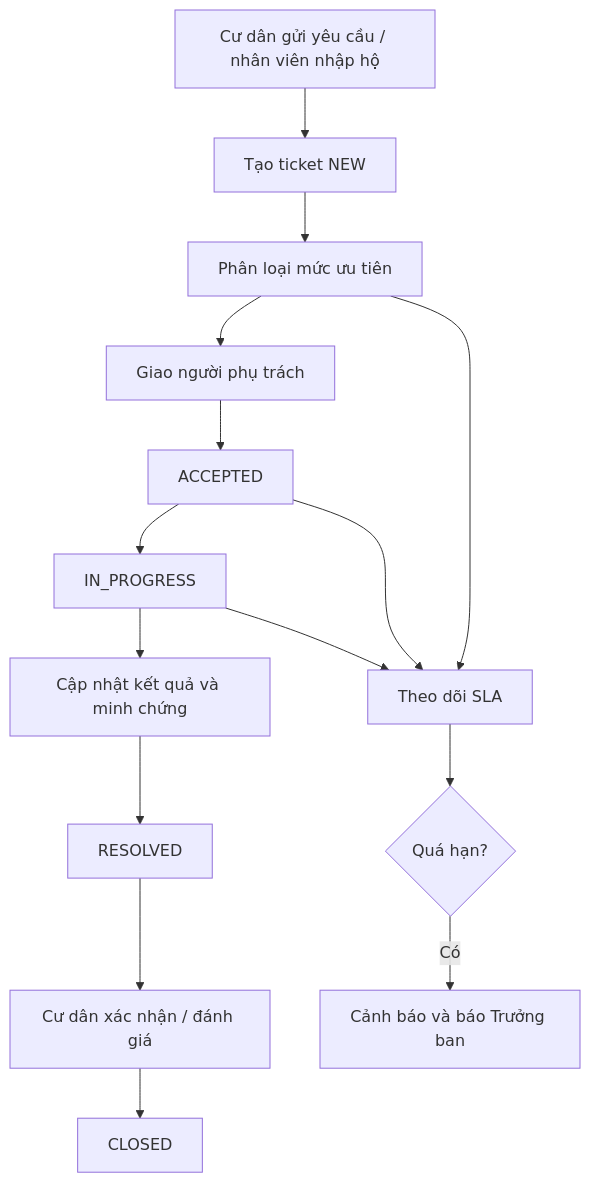
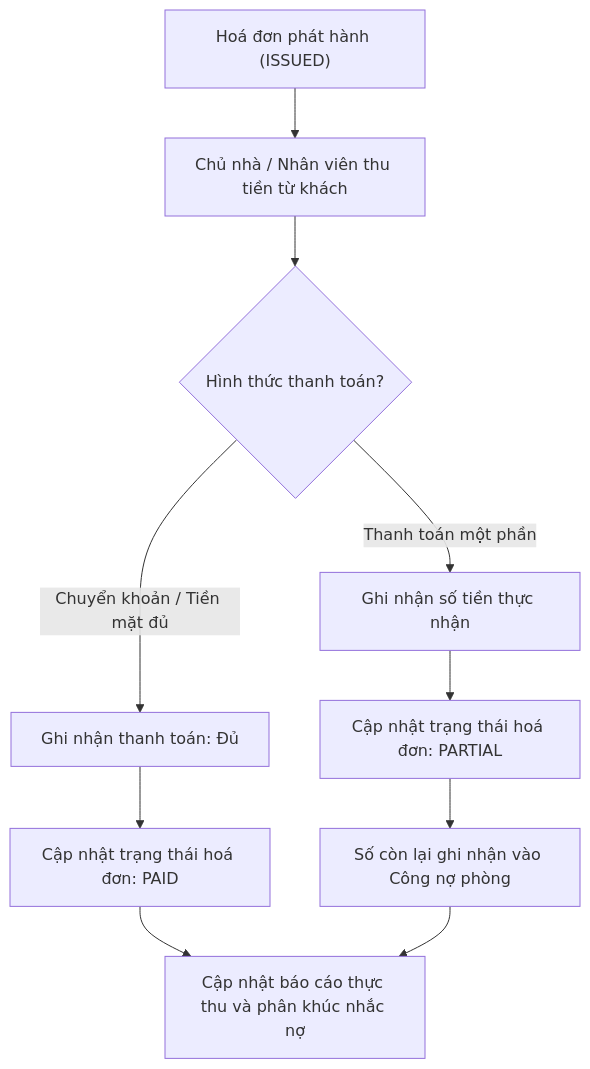
One commit to HuyyHoang2kk4/building-management-system changed the third of 5 diagrams in docs/02_SRS_He_thong_quan_ly_toa_nha.md. Above: the diagram before and after it, drawn with Mermaid. The commit also changed other lines of this file and 21 other files, not shown here.

````diff
--- a/docs/02_SRS_He_thong_quan_ly_toa_nha.md
+++ b/docs/02_SRS_He_thong_quan_ly_toa_nha.md
@@ -153,17 +131,11 @@
 ```mermaid
 flowchart TD
-    A["Cư dân gửi yêu cầu / nhân viên nhập hộ"] --> B["Tạo ticket NEW"]
-    B --> C["Phân loại mức ưu tiên"]
-    C --> D["Giao người phụ trách"]
-    D --> E["ACCEPTED"]
-    E --> F["IN_PROGRESS"]
-    F --> G["Cập nhật kết quả và minh chứng"]
-    G --> H["RESOLVED"]
-    H --> I["Cư dân xác nhận / đánh giá"]
-    I --> J["CLOSED"]
-    C --> K["Theo dõi SLA"]
-    E --> K
-    F --> K
-    K --> L{"Quá hạn?"}
-    L -- "Có" --> M["Cảnh báo và báo Trưởng ban"]
+    A["Hoá đơn phát hành (ISSUED)"] --> B["Chủ nhà / Nhân viên thu tiền từ khách"]
+    B --> C{"Hình thức thanh toán?"}
+    C -- "Chuyển khoản / Tiền mặt đủ" --> D["Ghi nhận thanh toán: Đủ"]
+    D --> E["Cập nhật trạng thái hoá đơn: PAID"]
+    C -- "Thanh toán một phần" --> F["Ghi nhận số tiền thực nhận"]
+    F --> G["Cập nhật trạng thái hoá đơn: PARTIAL"]
+    G --> H["Số còn lại ghi nhận vào Công nợ phòng"]
+    E & H --> I["Cập nhật báo cáo thực thu và phân khúc nhắc nợ"]
 ```
````
